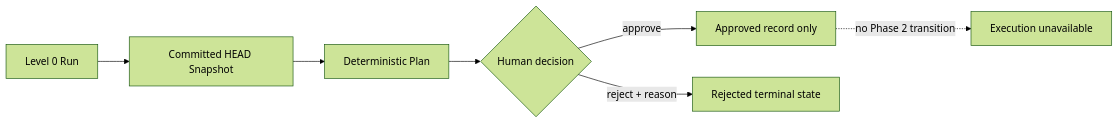
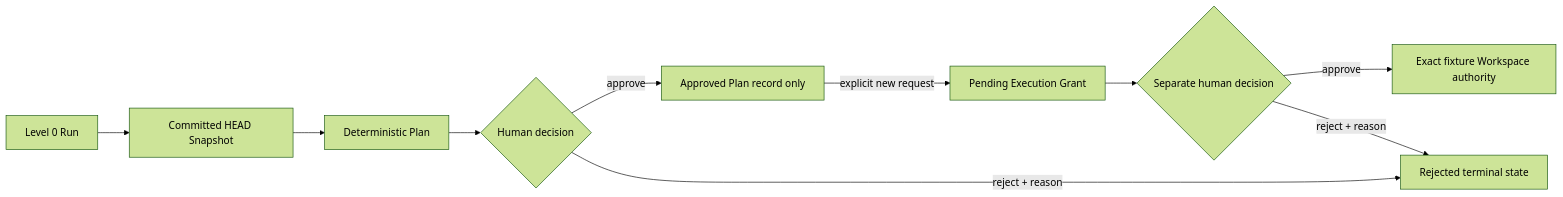
Before and after one commit to dankk0220abc-prog/visual-engineer: the diagram in docs/architecture/tool-permissions.md, drawn with Mermaid (forest theme). The commit also changed other lines of this file and 88 other files, not shown here.

````diff
--- a/docs/architecture/tool-permissions.md
+++ b/docs/architecture/tool-permissions.md
@@ -62,9 +86,12 @@
 ```mermaid
 flowchart LR
     L0["Level 0 Run"] --> S["Committed HEAD Snapshot"]
     S --> P["Deterministic Plan"]
     P --> A{"Human decision"}
-    A -->|"approve"| R["Approved record only"]
+    A -->|"approve"| R["Approved Plan record only"]
     A -->|"reject + reason"| J["Rejected terminal state"]
-    R -. "no Phase 2 transition" .-> X["Execution unavailable"]
+    R -->|"explicit new request"| G["Pending Execution Grant"]
+    G --> D{"Separate human decision"}
+    D -->|"approve"| X["Exact fixture Workspace authority"]
+    D -->|"reject + reason"| J
 ```
````
